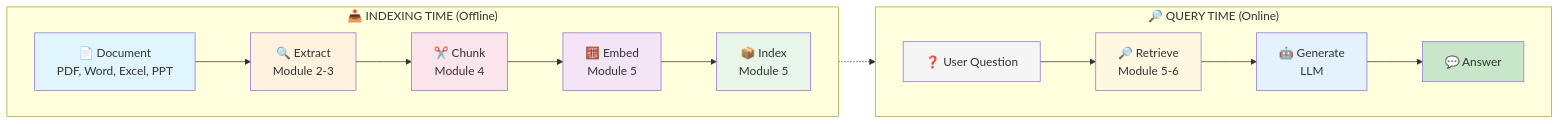
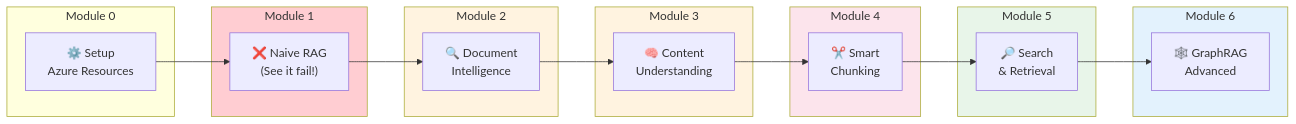
The fourth of 4 diagrams in modules/module-1-naive-rag/README.md (roie9876/RAG-WorkShop), drawn with Mermaid before and after one commit. The commit also changed other lines of this file and 30 other files, not shown here.

````diff
--- a/modules/module-1-naive-rag/README.md
+++ b/modules/module-1-naive-rag/README.md
@@ -9,39 +165,39 @@
 ```mermaid
 flowchart LR
-    subgraph INDEXING["📥 INDEXING TIME (Offline)"]
-        direction LR
-        DOC["📄 Document<br/>PDF, Word, Excel, PPT"]
-        EXTRACT["🔍 Extract<br/>Module 2-3"]
-        CHUNK["✂️ Chunk<br/>Module 4"]
-        EMBED["🧮 Embed<br/>Module 5"]
-        INDEX["📦 Index<br/>Module 5"]
+    subgraph MOD0["Module 0"]
+        SETUP["⚙️ Setup<br/>Azure Resources"]
     end
     
-    subgraph QUERY["🔎 QUERY TIME (Online)"]
-        direction LR
-        QUESTION["❓ User Question"]
-        RETRIEVE["🔎 Retrieve<br/>Module 5-6"]
-        GENERATE["🤖 Generate<br/>LLM"]
-        ANSWER["💬 Answer"]
+    subgraph MOD1["Module 1"]
+        NAIVE["❌ Naive RAG<br/>(See it fail!)"]
     end
     
-    DOC --> EXTRACT
-    EXTRACT --> CHUNK
-    CHUNK --> EMBED
-    EMBED --> INDEX
+    subgraph MOD2["Module 2"]
+        DI["🔍 Document<br/>Intelligence"]
+    end
     
-    QUESTION --> RETRIEVE
-    INDEX -.-> RETRIEVE
-    RETRIEVE --> GENERATE
-    GENERATE --> ANSWER
+    subgraph MOD3["Module 3"]
+        CU["🧠 Content<br/>Understanding"]
+    end
     
-    style DOC fill:#e1f5fe
-    style EXTRACT fill:#fff3e0
-    style CHUNK fill:#fce4ec
-    style EMBED fill:#f3e5f5
-    style INDEX fill:#e8f5e9
-    style RETRIEVE fill:#fff8e1
-    style GENERATE fill:#e3f2fd
-    style QUESTION fill:#f5f5f5
-    style ANSWER fill:#c8e6c9
+    subgraph MOD4["Module 4"]
+        CHUNK["✂️ Smart<br/>Chunking"]
+    end
+    
+    subgraph MOD5["Module 5"]
+        SEARCH["🔎 Search<br/>& Retrieval"]
+    end
+    
+    subgraph MOD6["Module 6"]
+        GRAPH["🕸️ GraphRAG<br/>Advanced"]
+    end
+    
+    SETUP --> NAIVE --> DI --> CU --> CHUNK --> SEARCH --> GRAPH
+    
+    style MOD1 fill:#ffcdd2
+    style MOD2 fill:#fff3e0
+    style MOD3 fill:#fff3e0
+    style MOD4 fill:#fce4ec
+    style MOD5 fill:#e8f5e9
+    style MOD6 fill:#e3f2fd
 ```
````
